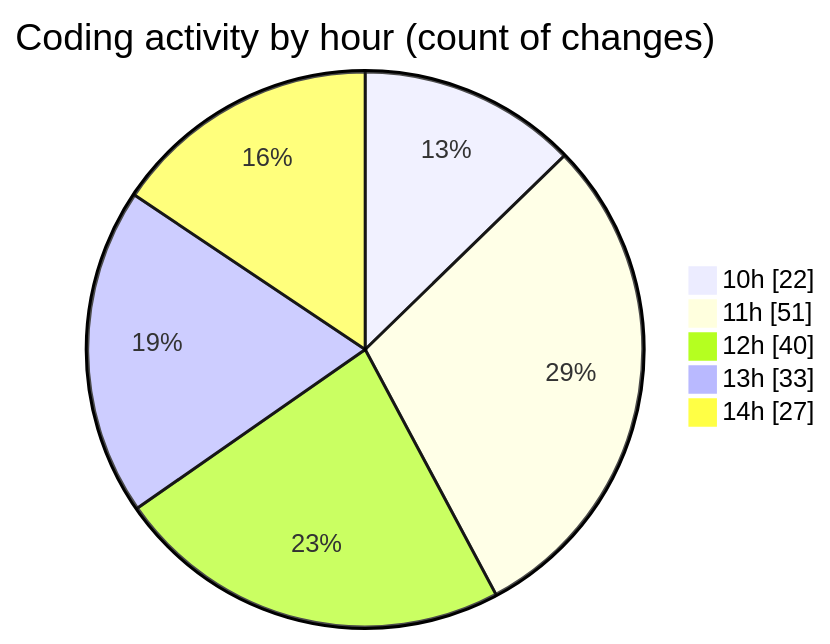
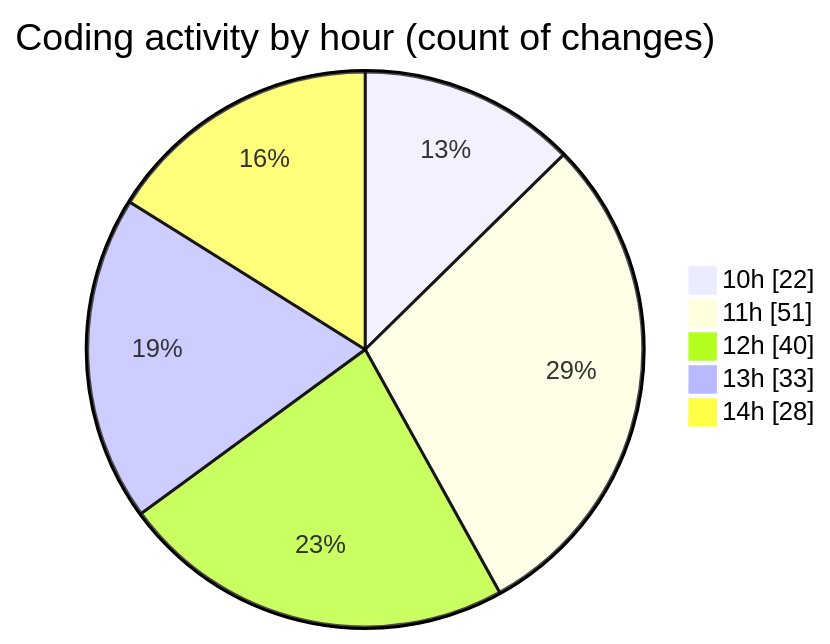
Before and after one commit to momahboobian/code-tracking: the second of 2 diagrams in 2025-04-29/cda/README.md, drawn with Mermaid. The commit also changed other lines of this file and 1 other file, not shown here.

````diff
--- a/2025-04-29/cda/README.md
+++ b/2025-04-29/cda/README.md
@@ -54,9 +54,9 @@
 ```mermaid
 pie showData
 title Coding activity by hour (count of changes)
 "10h" : 22
 "11h" : 51
 "12h" : 40
 "13h" : 33
-"14h" : 27
+"14h" : 28
 ```
````
